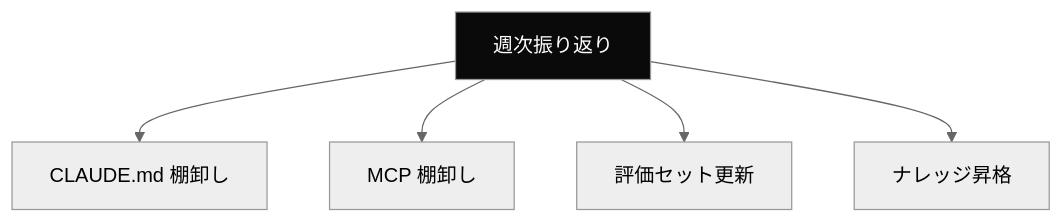
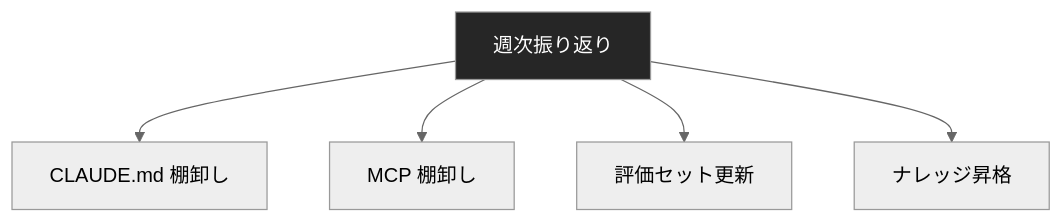
The fifth of 5 diagrams in docs/techniques/エージェントと協業する-1-日のワークフロー.md (dinekt/dinekt-wiki), drawn with Mermaid (neutral theme) before and after one commit. The commit also changed other lines of this file and 71 other files, not shown here.

First line of the commit message:
fix: mermaid readability + remove GitHub repo toolbar

````diff
--- a/docs/techniques/エージェントと協業する-1-日のワークフロー.md
+++ b/docs/techniques/エージェントと協業する-1-日のワークフロー.md
@@ -134,9 +134,9 @@
 ```mermaid
 flowchart TD
     W[週次振り返り] --> C[CLAUDE.md 棚卸し]
     W --> M[MCP 棚卸し]
     W --> E[評価セット更新]
     W --> K[ナレッジ昇格]
 
-    style W fill:#0a0a0a,color:#fff
+    style W fill:#262626,color:#fff
 ```
````
